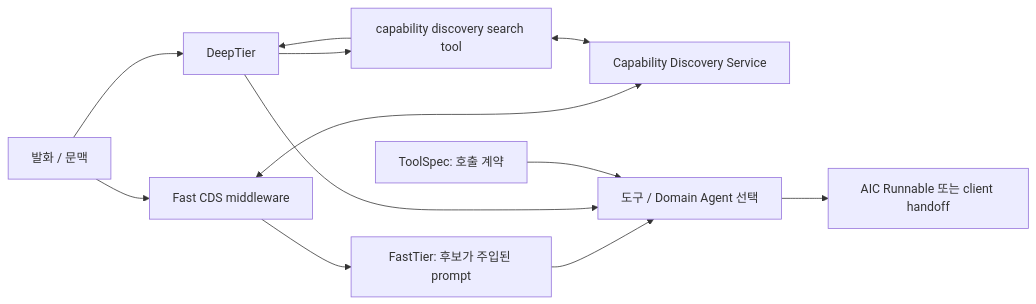
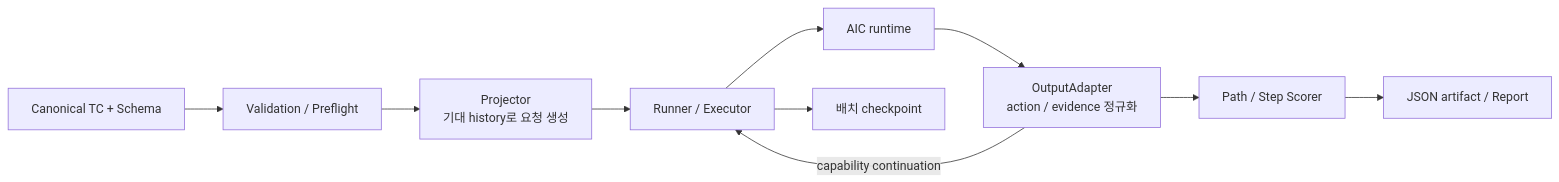
One commit to jwlee3746/jwlee3746.github.io changed the seventh of 12 diagrams in docs/aic-evolution-and-evaluator.md. Above: the diagram before and after it, drawn with Mermaid. The commit also changed other lines of this file and 1 other file, not shown here.

````diff
--- a/docs/aic-evolution-and-evaluator.md
+++ b/docs/aic-evolution-and-evaluator.md
@@ -226,14 +197,12 @@
 ```mermaid
 flowchart LR
-    Request["발화 / 문맥"] --> FastMW["Fast CDS middleware"]
-    FastMW <--> CDS["Capability Discovery Service"]
-    FastMW --> Fast["FastTier: 후보가 주입된 prompt"]
-    Request --> Deep["DeepTier"]
-    Deep --> Search["capability discovery search tool"]
-    Search <--> CDS
-    Search --> Deep
-    Fast --> Choice["도구 / Domain Agent 선택"]
-    Deep --> Choice
-    Spec["ToolSpec: 호출 계약"] --> Choice
-    Choice --> Runner["AIC Runnable 또는 client handoff"]
+    TC["Canonical TC + Schema"] --> V["Validation / Preflight"]
+    V --> P["Projector<br/>기대 history로 요청 생성"]
+    P --> E["Runner / Executor"]
+    E --> AIC["AIC runtime"]
+    AIC --> O["OutputAdapter<br/>action / evidence 정규화"]
+    O -->|"capability continuation"| E
+    O --> G["Path / Step Scorer"]
+    G --> Artifact["JSON artifact / Report"]
+    E --> Checkpoint["배치 checkpoint"]
 ```
````
